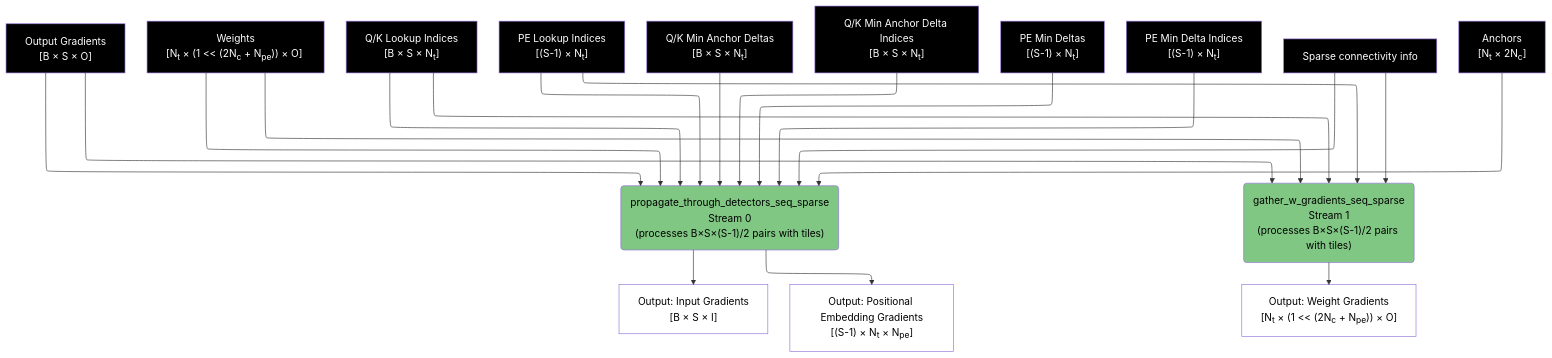
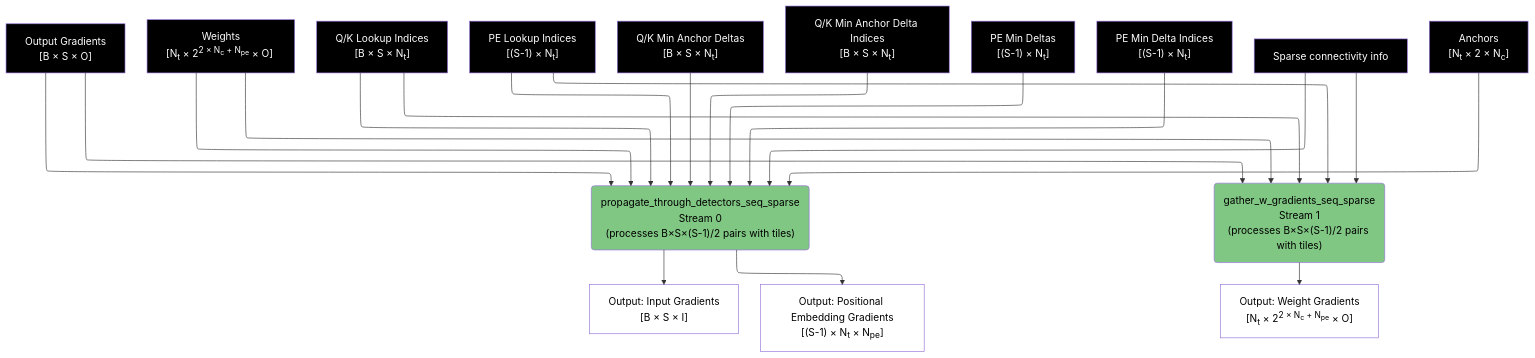
The eighth of 8 diagrams in spiky_cuda/lut/doc/LUT_RUNTIME_DATA_FLOW.md (anatoli-starostin/spiky), drawn with Mermaid before and after one commit. The commit also changed other lines of this file and 8 other files, not shown here.

````diff
--- a/spiky_cuda/lut/doc/LUT_RUNTIME_DATA_FLOW.md
+++ b/spiky_cuda/lut/doc/LUT_RUNTIME_DATA_FLOW.md
@@ -288,44 +270,44 @@
 ```mermaid
 %%{init: { "flowchart": { "defaultRenderer": "elk" } }}%%
 flowchart TD
     A["Output Gradients<br/>[B × S × O]"] --> I("propagate_through_detectors_seq_sparse<br/>Stream 0<br/>(processes B×S×(S-1)/2 pairs with tiles)")
     A --> C("gather_w_gradients_seq_sparse<br/>Stream 1<br/>(processes B×S×(S-1)/2 pairs with tiles)")
     
-    W6["Weights<br/>[N<sub>t</sub>&nbsp;×&nbsp;(1&nbsp;<<&nbsp;(2N<sub>c</sub>&nbsp;+&nbsp;N<sub>pe</sub>))&nbsp;×&nbsp;O]&nbsp;"] --> I
+    W6["Weights<br/>[N<sub>t</sub>&nbsp;×&nbsp;2<sup>2&nbsp;×&nbsp;N<sub>c</sub>&nbsp;+&nbsp;N<sub>pe</sub></sup>&nbsp;×&nbsp;O]&nbsp;"] --> I
     W6 --> C
     
     L3["Q/K Lookup Indices<br/>[B × S × N<sub>t</sub>]"] --> I
     L3 --> C
     L4["PE Lookup Indices<br/>[(S-1) × N<sub>t</sub>]"] --> I
     L4 --> C
     M5["Q/K Min Anchor Deltas<br/>[B × S × N<sub>t</sub>]"] --> I
     M6["Q/K Min Anchor Delta Indices<br/>[B&nbsp;×&nbsp;S&nbsp;×&nbsp;N<sub>t</sub>]"] --> I
     M7["PE Min Deltas<br/>[(S-1) × N<sub>t</sub>]"] --> I
     M8["PE Min Delta Indices<br/>[(S-1) × N<sub>t</sub>]"] --> I
     
     SC4["Sparse connectivity info"] --> I
     SC4 --> C
     
-    D6["Anchors<br/>[N<sub>t</sub> × 2N<sub>c</sub>]"] --> I
+    D6["Anchors<br/>[N<sub>t</sub> × 2 × N<sub>c</sub>]"] --> I
     
     I --> J["Output: Input Gradients<br/>[B × S × I]"]
     I --> K["Output: Positional Embedding Gradients<br/>[(S-1) × N<sub>t</sub> × N<sub>pe</sub>]"]
     
-    C --> H["Output: Weight Gradients<br/>[N<sub>t</sub>&nbsp;×&nbsp;(1&nbsp;<<&nbsp;(2N<sub>c</sub>&nbsp;+&nbsp;N<sub>pe</sub>))&nbsp;×&nbsp;O]"]
+    C --> H["Output: Weight Gradients<br/>[N<sub>t</sub>&nbsp;×&nbsp;2<sup>2&nbsp;×&nbsp;N<sub>c</sub>&nbsp;+&nbsp;N<sub>pe</sub></sup>&nbsp;×&nbsp;O]"]
     
     style I fill:#81c784,color:#000000
     style C fill:#81c784,color:#000000
     style H fill:#ffffff,color:#000000
     style J fill:#ffffff,color:#000000
     style K fill:#ffffff,color:#000000
     style A fill:#000000,color:#ffffff
     style W6 fill:#000000,color:#ffffff
     style L3 fill:#000000,color:#ffffff
     style L4 fill:#000000,color:#ffffff
     style M5 fill:#000000,color:#ffffff
     style M6 fill:#000000,color:#ffffff
     style M7 fill:#000000,color:#ffffff
     style M8 fill:#000000,color:#ffffff
     style D6 fill:#000000,color:#ffffff
     style SC4 fill:#000000,color:#ffffff
 ```
````
